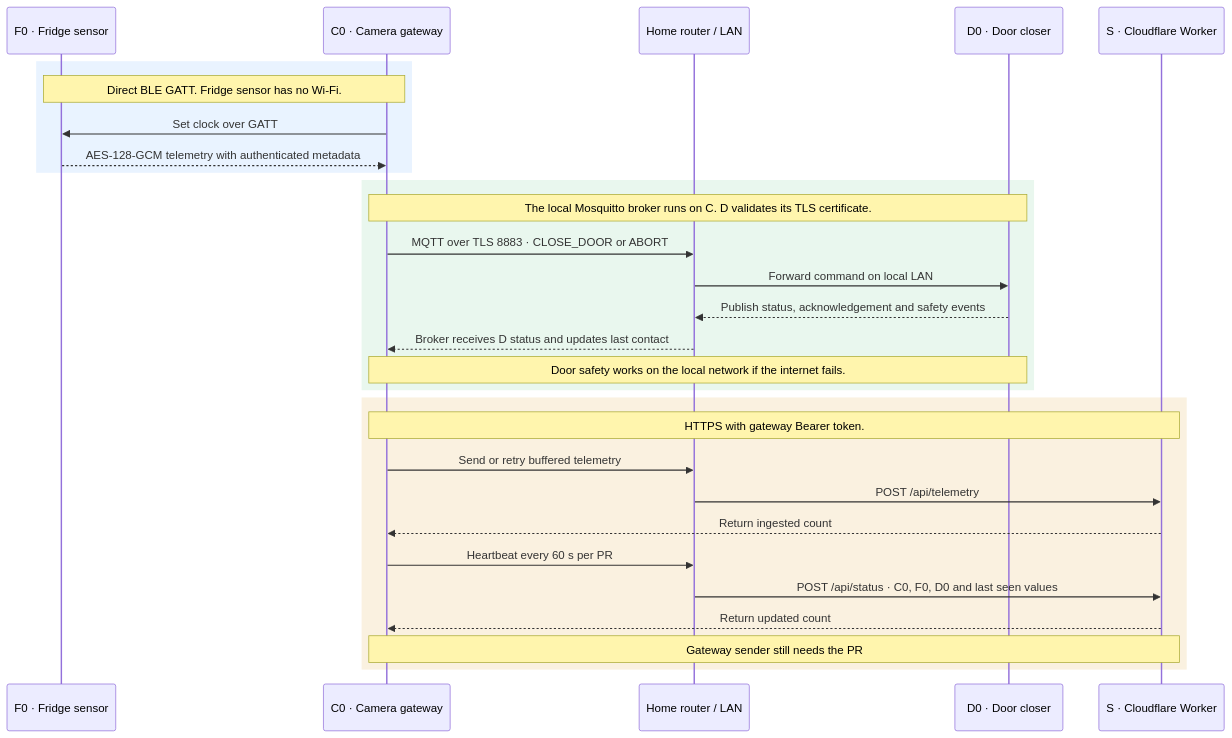
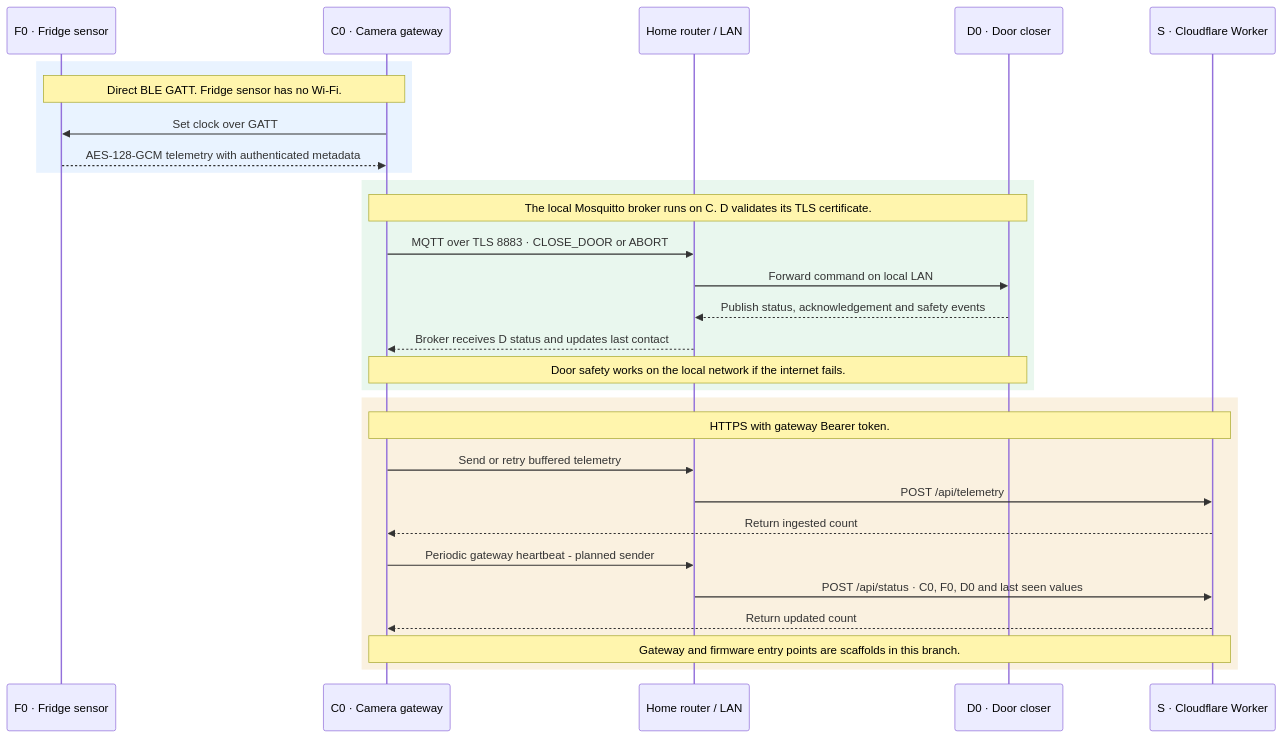
Before and after one commit to theme222/FoodWarden: the diagram in server/diagrams/network.mmd, drawn with Mermaid. The commit also changed 30 other files, not shown here.

Commit message:
docs(diagrams): make SVGs transparent with high-contrast strokes and add 9 detailed views

```diff
--- a/server/diagrams/network.mmd
+++ b/server/diagrams/network.mmd
@@ -1,34 +1,34 @@
 sequenceDiagram
     accTitle: FoodWarden physical connections and heartbeat
     accDescr: Device traffic on BLE and the home LAN, followed by the gateway's authenticated connection to Cloudflare Workers.
     participant F as F0 · Fridge sensor
     participant C as C0 · Camera gateway
     participant R as Home router / LAN
     participant D as D0 · Door closer
     participant S as S · Cloudflare Worker
 
     rect rgb(233, 243, 255)
         Note over F,C: Direct BLE GATT. Fridge sensor has no Wi-Fi.
         C->>F: Set clock over GATT
         F-->>C: AES-128-GCM telemetry with authenticated metadata
     end
 
     rect rgb(233, 247, 238)
         Note over C,D: The local Mosquitto broker runs on C. D validates its TLS certificate.
         C->>R: MQTT over TLS 8883 · CLOSE_DOOR or ABORT
         R->>D: Forward command on local LAN
         D-->>R: Publish status, acknowledgement and safety events
         R-->>C: Broker receives D status and updates last contact
         Note over C,D: Door safety works on the local network if the internet fails.
     end
 
     rect rgb(250, 241, 224)
         Note over C,S: HTTPS with gateway Bearer token.
         C->>R: Send or retry buffered telemetry
         R->>S: POST /api/telemetry
         S-->>C: Return ingested count
-        C->>R: Heartbeat every 60 s per PR #5
+        C->>R: Periodic gateway heartbeat - planned sender
         R->>S: POST /api/status · C0, F0, D0 and last seen values
         S-->>C: Return updated count
-        Note over C,S: Gateway sender still needs the PR #5 integration.
+        Note over C,S: Gateway and firmware entry points are scaffolds in this branch.
     end
```
